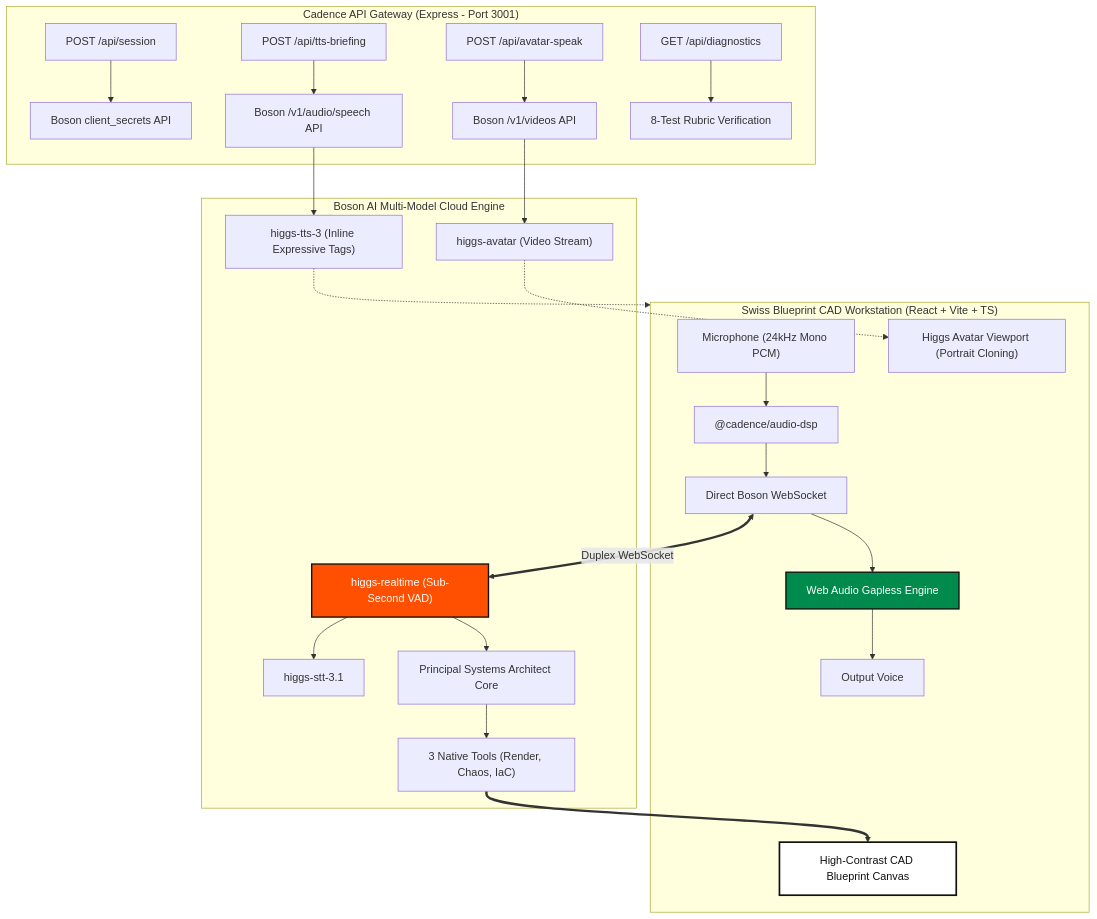
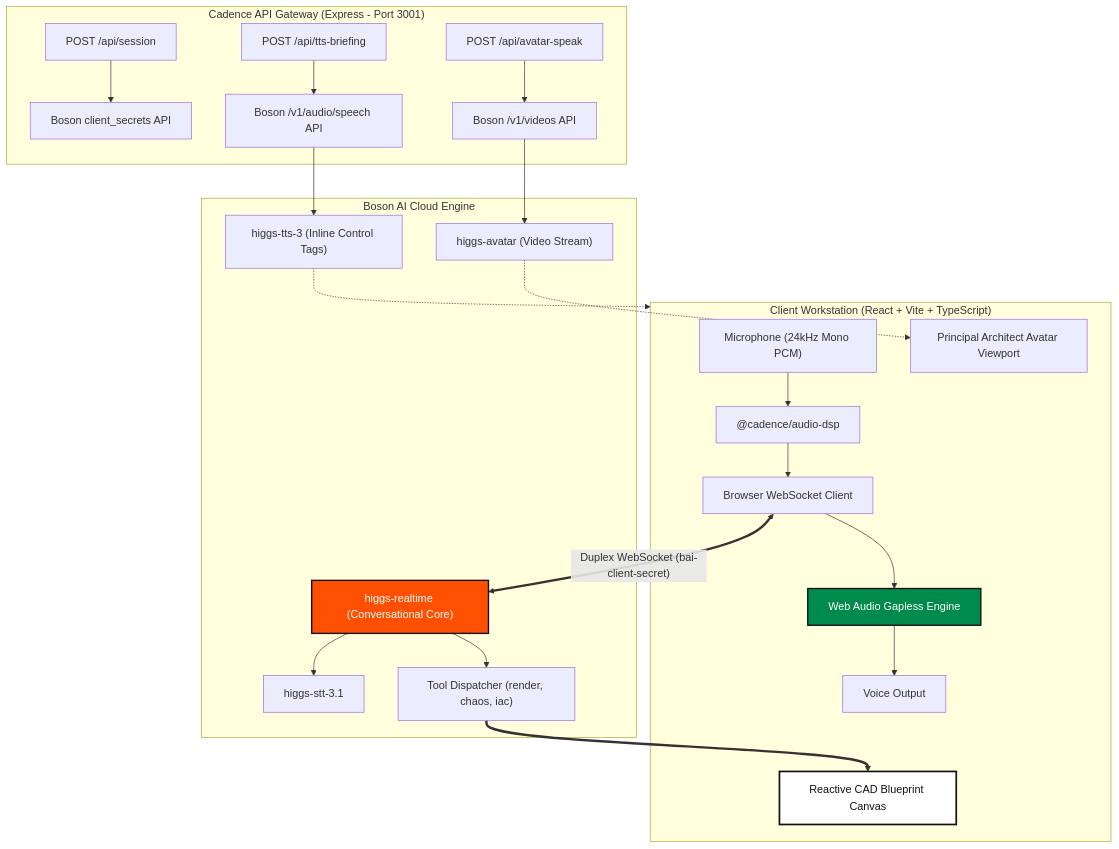
Before and after one commit to PeterYousefi/Cadence: the diagram in README.md, drawn with Mermaid. The commit also changed other lines of this file, not shown here.

Commit message:
docs: overhaul README with engineering showcase, architecture diagrams, and retina screenshots

````diff
--- a/README.md
+++ b/README.md
@@ -10,35 +62,33 @@
 ```mermaid
 graph TD
-  subgraph UserInterface ["Swiss Blueprint CAD Workstation (React + Vite + TS)"]
+  subgraph Client ["Client Workstation (React + Vite + TypeScript)"]
     Mic["Microphone (24kHz Mono PCM)"] --> AudioDSP["@cadence/audio-dsp"]
-    AudioDSP --> BrowserSocket["Direct Boson WebSocket"]
+    AudioDSP --> BrowserSocket["Browser WebSocket Client"]
     BrowserSocket --> AudioPlayer["Web Audio Gapless Engine"]
-    AudioPlayer --> Speakers["Output Voice"]
-    AvatarViewport["Higgs Avatar Viewport (Portrait Cloning)"]
-    CADCanvas["High-Contrast CAD Blueprint Canvas"]
+    AudioPlayer --> Speakers["Voice Output"]
+    AvatarViewport["Principal Architect Avatar Viewport"]
+    CADCanvas["Reactive CAD Blueprint Canvas"]
   end
 
-  subgraph GatewayProxy ["Cadence API Gateway (Express - Port 3001)"]
+  subgraph Gateway ["Cadence API Gateway (Express - Port 3001)"]
     TokenRoute["POST /api/session"] --> BosonSecrets["Boson client_secrets API"]
     TTSRoute["POST /api/tts-briefing"] --> BosonTTS["Boson /v1/audio/speech API"]
     AvatarRoute["POST /api/avatar-speak"] --> BosonAvatar["Boson /v1/videos API"]
-    DiagRoute["GET /api/diagnostics"] --> QAEngine["8-Test Rubric Verification"]
   end
 
-  subgraph BosonAICloud ["Boson AI Multi-Model Cloud Engine"]
-    BrowserSocket <== Duplex WebSocket ==> HiggsRealtime["higgs-realtime (Sub-Second VAD)"]
+  subgraph BosonCloud ["Boson AI Cloud Engine"]
+    BrowserSocket <== "Duplex WebSocket (bai-client-secret)" ==> HiggsRealtime["higgs-realtime (Conversational Core)"]
     HiggsRealtime --> STT["higgs-stt-3.1"]
-    HiggsRealtime --> CoreArchitect["Principal Systems Architect Core"]
-    CoreArchitect --> ToolDispatcher["3 Native Tools (Render, Chaos, IaC)"]
+    HiggsRealtime --> ToolDispatcher["Tool Dispatcher (render, chaos, iac)"]
     BosonAvatar --> HiggsAvatarModel["higgs-avatar (Video Stream)"]
-    BosonTTS --> HiggsTTS3Model["higgs-tts-3 (Inline Expressive Tags)"]
+    BosonTTS --> HiggsTTS3Model["higgs-tts-3 (Inline Control Tags)"]
   end
 
   ToolDispatcher ==> CADCanvas
   HiggsAvatarModel -.-> AvatarViewport
-  HiggsTTS3Model -.-> UserInterface
+  HiggsTTS3Model -.-> Client
 
   style HiggsRealtime fill:#FF4F00,stroke:#111111,stroke-width:2px,color:#fff
   style CADCanvas fill:#FFFFFF,stroke:#111111,stroke-width:2.5px,color:#111
   style AudioPlayer fill:#008A4B,stroke:#111111,stroke-width:2px,color:#fff
 ```
````
